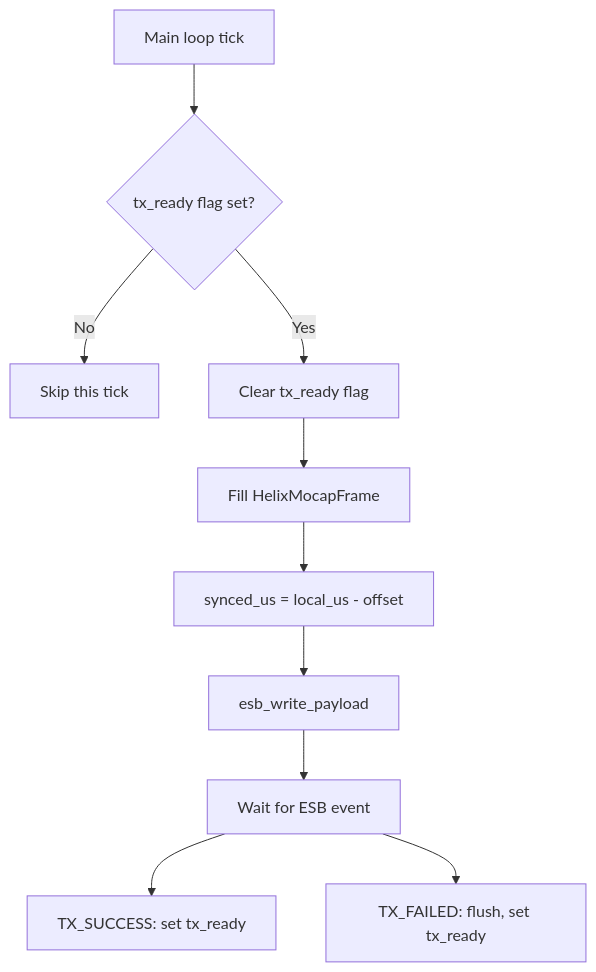
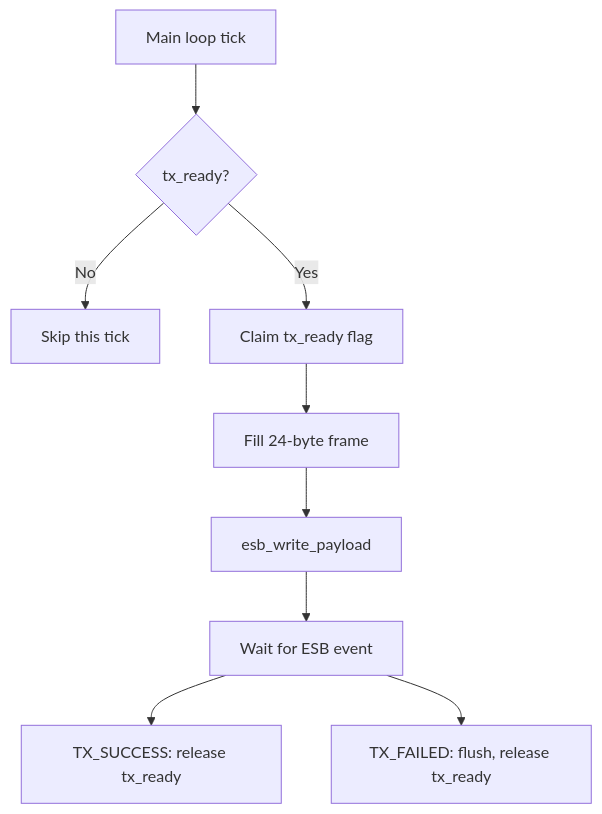
Before and after one commit to Mrunmoy/HelixDrift: the sixth of 7 diagrams in docs/RF_PROTOCOL_REFERENCE.md, drawn with Mermaid. The commit also changed other lines of this file, not shown here.

````diff
--- a/docs/RF_PROTOCOL_REFERENCE.md
+++ b/docs/RF_PROTOCOL_REFERENCE.md
@@ -320,12 +922,11 @@
 ```mermaid
 flowchart TD
-    Start["Main loop tick"] --> Ready{"tx_ready flag set?"}
+    Start["Main loop tick"] --> Ready{"tx_ready?"}
     Ready -- No --> Skip["Skip this tick"]
-    Ready -- Yes --> Clear["Clear tx_ready flag"]
-    Clear --> Fill["Fill HelixMocapFrame"]
-    Fill --> Sync["synced_us = local_us - offset"]
-    Sync --> TX["esb_write_payload"]
+    Ready -- Yes --> Clear["Claim tx_ready flag"]
+    Clear --> Fill["Fill 24-byte frame"]
+    Fill --> TX["esb_write_payload"]
     TX --> Wait["Wait for ESB event"]
-    Wait --> Success["TX_SUCCESS: set tx_ready"]
-    Wait --> Fail["TX_FAILED: flush, set tx_ready"]
+    Wait --> Success["TX_SUCCESS: release tx_ready"]
+    Wait --> Fail["TX_FAILED: flush, release tx_ready"]
 ```
````
